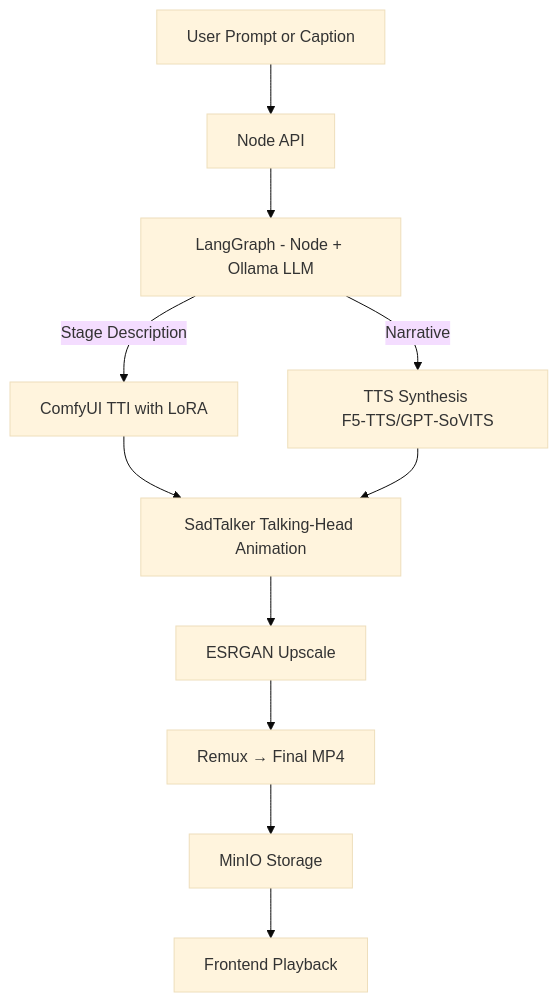
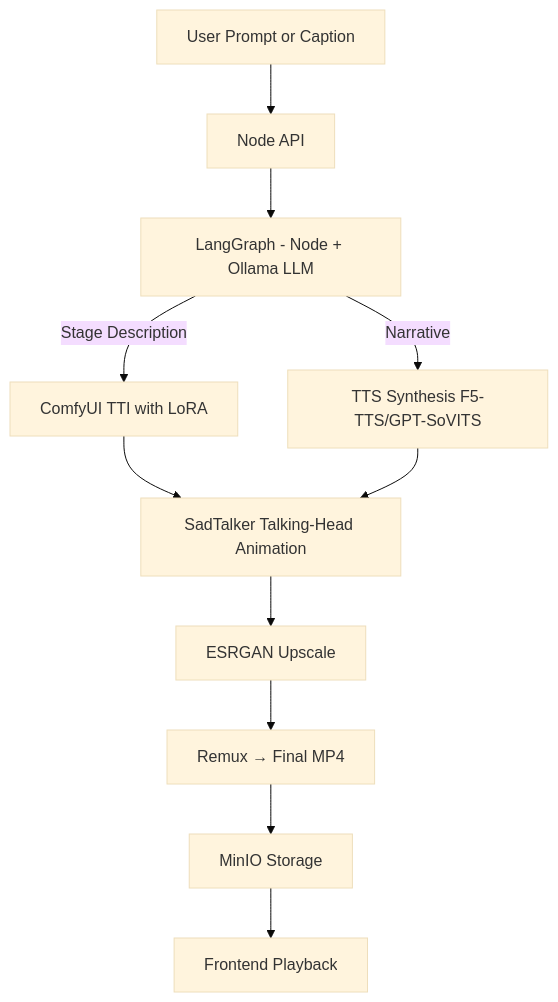
Before and after one commit to ktzevani/myspinbot: the sixth of 7 diagrams in docs/02_architecture_overview.md, drawn with Mermaid (base theme). The commit also changed other lines of this file and 13 other files, not shown here.

````diff
--- a/docs/02_architecture_overview.md
+++ b/docs/02_architecture_overview.md
@@ -166,13 +257,13 @@
 ```mermaid
 flowchart TD
     A[User Prompt or Caption] --> B[Node API]
     B --> C[LangGraph - Node + Ollama LLM]
     C --> |Stage Description| D[ComfyUI TTI with LoRA]
-    C --> |Narrative| E[TTS Synthesis F5‑TTS/GPT‑SoVITS]
+    C --> |Narrative| E[TTS Synthesis F5-TTS/GPT-SoVITS]
     D --> F[SadTalker Talking-Head Animation]
     E --> F
     F --> G[ESRGAN Upscale]
     G --> H[Remux → Final MP4]
     H --> I[MinIO Storage]
     I --> J[Frontend Playback]
 ```
````
